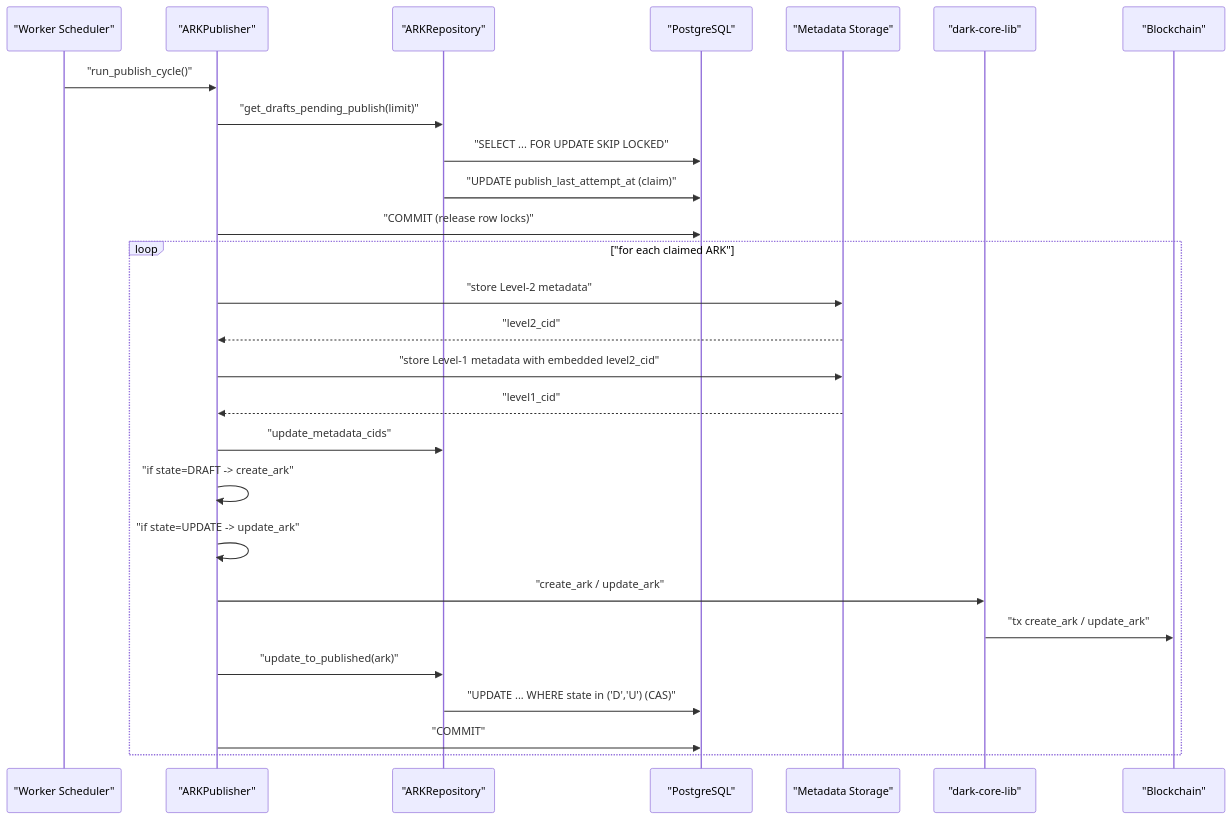
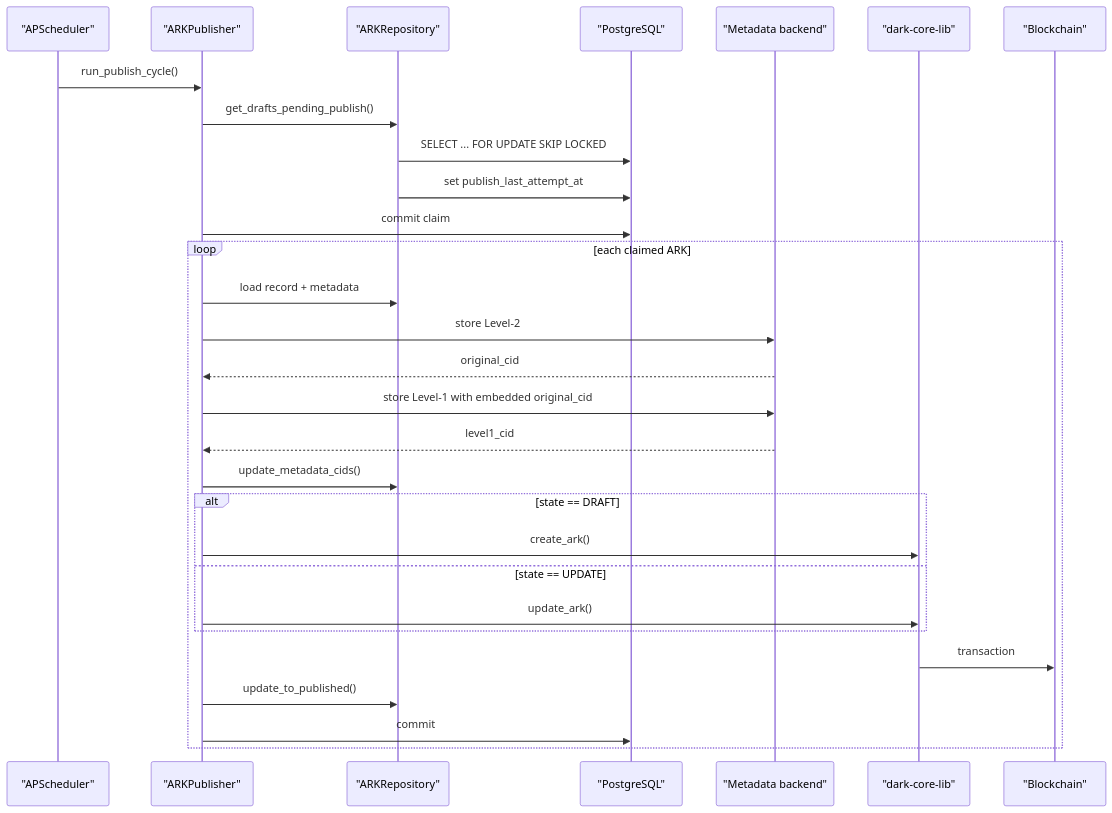
Before and after one commit to LA-Referencia-IOI/dark-core-minter-api: the sixth of 11 diagrams in minter-architecture.md, drawn with Mermaid. The commit also changed other lines of this file and 12 other files, not shown here.

````diff
--- a/minter-architecture.md
+++ b/minter-architecture.md
@@ -84,31 +244,33 @@
 ```mermaid
 sequenceDiagram
-    participant W as "Worker Scheduler"
-    participant Pub as "ARKPublisher"
-    participant ARepo as "ARKRepository"
+    participant Scheduler as "APScheduler"
+    participant Publisher as "ARKPublisher"
+    participant Repo as "ARKRepository"
     participant DB as "PostgreSQL"
-    participant ST as "Metadata Storage"
-    participant CORE as "dark-core-lib"
-    participant CHAIN as "Blockchain"
+    participant Store as "Metadata backend"
+    participant Core as "dark-core-lib"
+    participant Chain as "Blockchain"
 
-    W->>Pub: "run_publish_cycle()"
-    Pub->>ARepo: "get_drafts_pending_publish(limit)"
-    ARepo->>DB: "SELECT ... FOR UPDATE SKIP LOCKED"
-    ARepo->>DB: "UPDATE publish_last_attempt_at (claim)"
-    Pub->>DB: "COMMIT (release row locks)"
+    Scheduler->>Publisher: run_publish_cycle()
+    Publisher->>Repo: get_drafts_pending_publish()
+    Repo->>DB: SELECT ... FOR UPDATE SKIP LOCKED
+    Repo->>DB: set publish_last_attempt_at
+    Publisher->>DB: commit claim
 
-    loop "for each claimed ARK"
-        Pub->>ST: "store Level-2 metadata"
-        ST-->>Pub: "level2_cid"
-        Pub->>ST: "store Level-1 metadata with embedded level2_cid"
-        ST-->>Pub: "level1_cid"
-        Pub->>ARepo: "update_metadata_cids"
-        Pub->>Pub: "if state=DRAFT -> create_ark"
-        Pub->>Pub: "if state=UPDATE -> update_ark"
-        Pub->>CORE: "create_ark / update_ark"
-        CORE->>CHAIN: "tx create_ark / update_ark"
-        Pub->>ARepo: "update_to_published(ark)"
-        ARepo->>DB: "UPDATE ... WHERE state in ('D','U') (CAS)"
-        Pub->>DB: "COMMIT"
+    loop each claimed ARK
+        Publisher->>Repo: load record + metadata
+        Publisher->>Store: store Level-2
+        Store-->>Publisher: original_cid
+        Publisher->>Store: store Level-1 with embedded original_cid
+        Store-->>Publisher: level1_cid
+        Publisher->>Repo: update_metadata_cids()
+        alt state == DRAFT
+            Publisher->>Core: create_ark()
+        else state == UPDATE
+            Publisher->>Core: update_ark()
+        end
+        Core->>Chain: transaction
+        Publisher->>Repo: update_to_published()
+        Publisher->>DB: commit
     end
 ```
````
